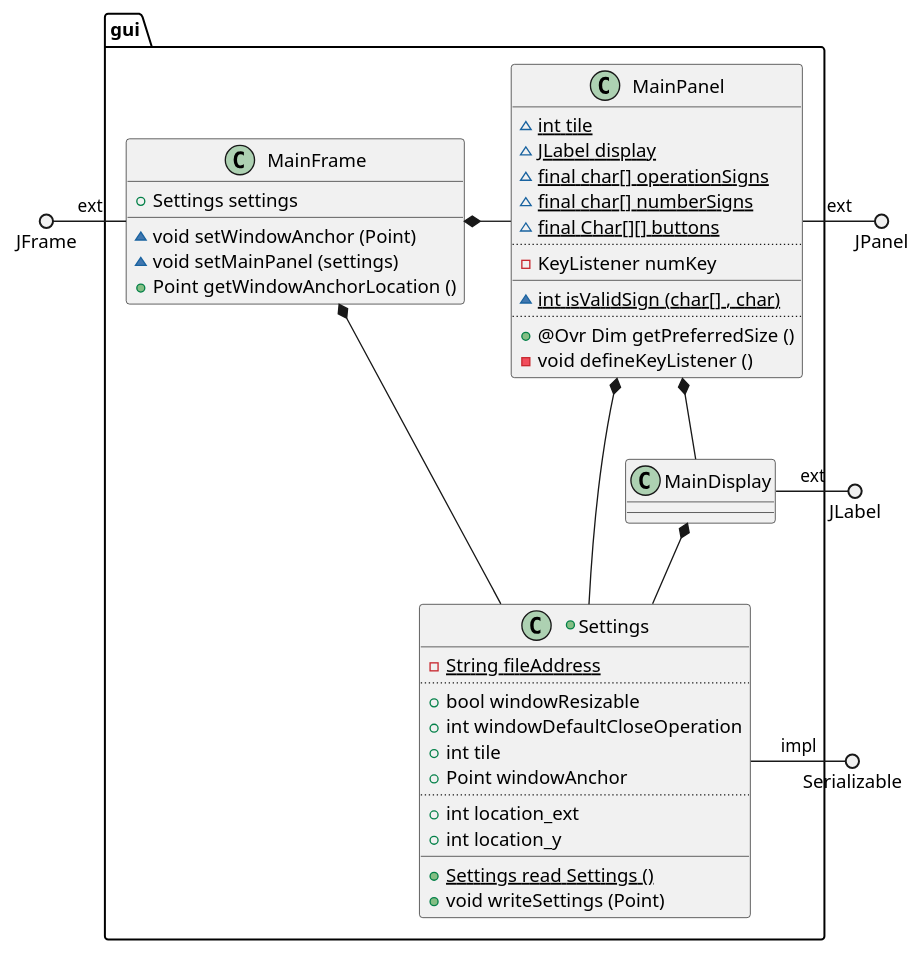
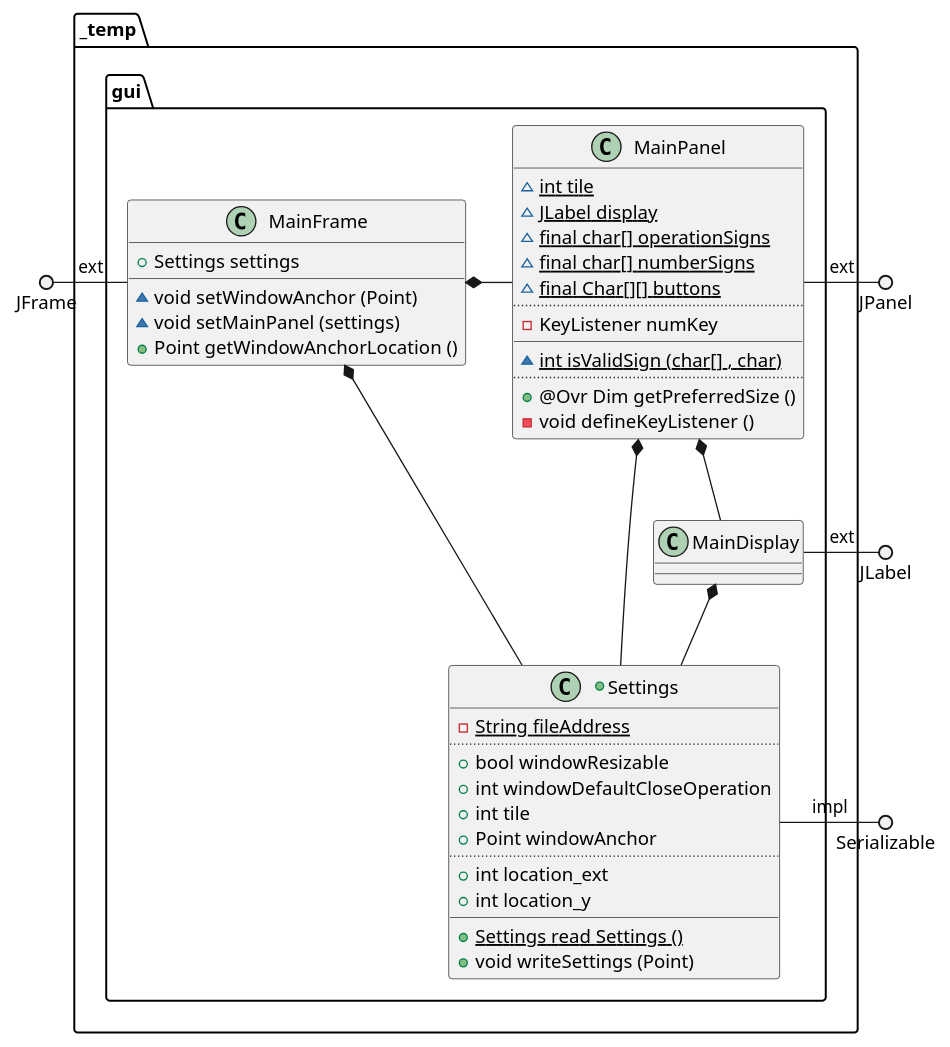
The diagram in src/main/resources/package_gui_strcucture.puml (vitalispopoff/calculator), drawn with PlantUML before and after one commit. The commit also changed 78 other files, not shown here.

```diff
--- a/src/main/resources/package_gui_strcucture.puml
+++ b/src/main/resources/package_gui_strcucture.puml
@@ -1,57 +1,57 @@
 @startuml
 
-package gui{
+package _temp.gui{
 
     class MainFrame{
             +   {field} Settings settings
         __
             ~   {method} void setWindowAnchor (Point)
             ~   {method} void setMainPanel (settings)
             +   {method} Point getWindowAnchorLocation ()
     }
 
     class MainDisplay{
     }
 
     class MainPanel{
             ~   {field} {static} int tile
             ~   {field} {static} JLabel display
             ~   {field} {static} final char[] operationSigns
             ~   {field} {static} final char[] numberSigns
             ~   {field} {static} final Char[][] buttons
         ..
             -   {field}KeyListener numKey
         __
             ~   {method} {static} int isValidSign (char[] , char)
         ..
             +   {method} @Ovr Dim getPreferredSize ()
             -   {method} void defineKeyListener ()
     }
 
     +class Settings{
             -   {field} {static} String fileAddress
         ..
             +   {field} bool windowResizable
             +   {field} int windowDefaultCloseOperation
             +   {field} int tile
             +   {field} Point windowAnchor
         ..
             +   {field} int location_ext
             +   {field} int location_y
         __
             +   {method} {static} Settings read Settings ()
             +   {method} void writeSettings (Point)
     }
 }
 
     JFrame          ()-     MainFrame       : ext
     JLabel          ()-     MainDisplay     : ext
     JPanel          ()-     MainPanel       : ext
     Serializable    ()-     Settings        : impl
     MainFrame       *-      MainPanel
     MainFrame       *--     Settings
     MainPanel       *--     MainDisplay
     MainPanel       *-      Settings
     MainDisplay     *--     Settings
 
 @enduml
```
